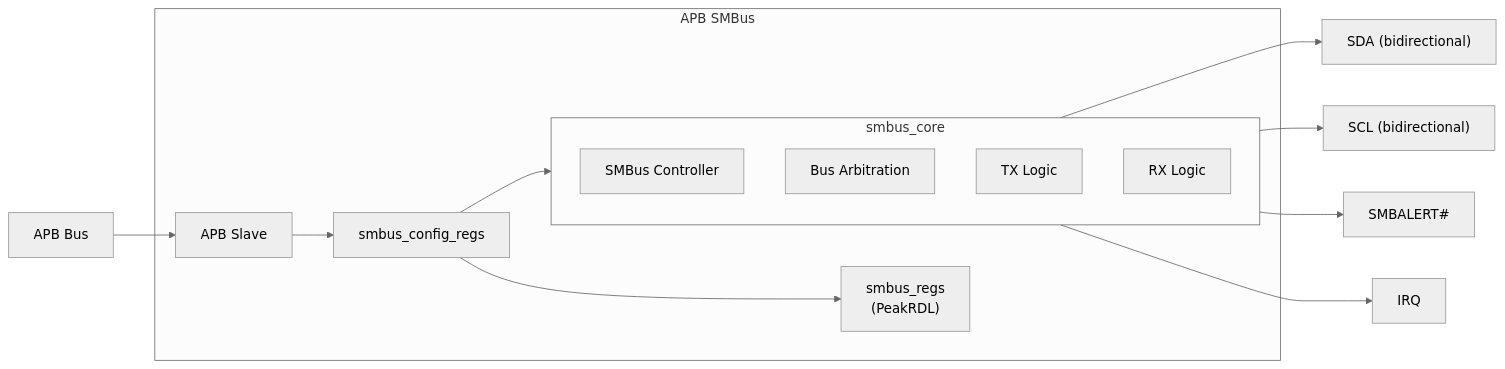
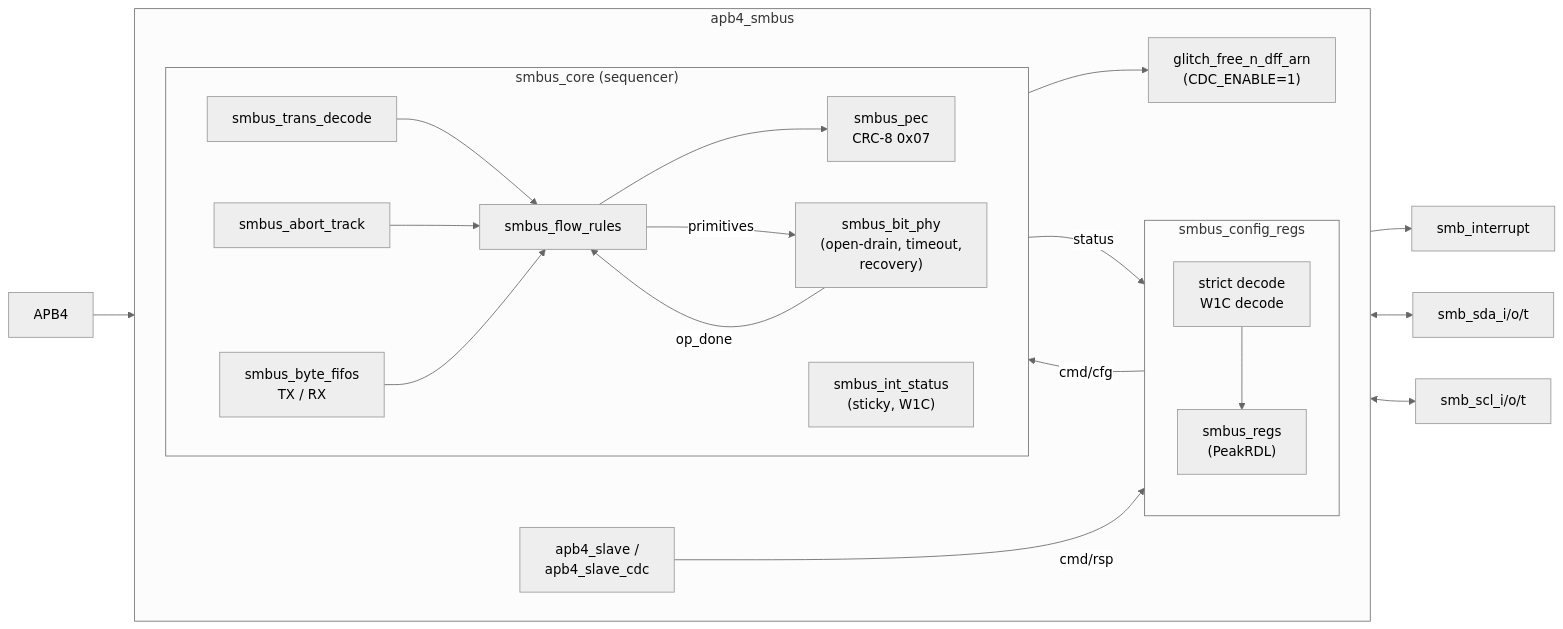
One commit to sean-galloway/RTLDesignSherpa changed the diagram in projects/components/retro_legacy_blocks/docs/smbus_mas/assets/mermaid/smbus_block_diagram.mmd. Above: the diagram before and after it, drawn with Mermaid. The commit also changed 68 other files, not shown here.

```diff
--- a/projects/components/retro_legacy_blocks/docs/smbus_mas/assets/mermaid/smbus_block_diagram.mmd
+++ b/projects/components/retro_legacy_blocks/docs/smbus_mas/assets/mermaid/smbus_block_diagram.mmd
@@ -1,24 +1,42 @@
 %%{init: {'theme': 'neutral'}}%%
 flowchart LR
-    subgraph APB_SMBUS["APB SMBus"]
-        APB["APB Slave"]
-        CFG["smbus_config_regs"]
-        REGS["smbus_regs<br/>(PeakRDL)"]
+    BUS["APB4"]
+    subgraph APB_SMBUS["apb4_smbus"]
+        direction LR
+        APB["apb4_slave /<br/>apb4_slave_cdc"]
+        subgraph CFG["smbus_config_regs"]
+            direction TB
+            DEC["strict decode<br/>W1C decode"]
+            REGS["smbus_regs<br/>(PeakRDL)"]
+        end
+        subgraph CORE["smbus_core (sequencer)"]
+            direction LR
+            TD["smbus_trans_decode"]
+            FR["smbus_flow_rules"]
+            AT["smbus_abort_track"]
+            FIFOS["smbus_byte_fifos<br/>TX / RX"]
+            PEC["smbus_pec<br/>CRC-8 0x07"]
+            IS["smbus_int_status<br/>(sticky, W1C)"]
+            PHY["smbus_bit_phy<br/>(open-drain, timeout,<br/>recovery)"]
+            TD --> FR
+            AT --> FR
+            FIFOS --> FR
+            FR --> PEC
+            FR -->|primitives| PHY
+            PHY -->|op_done| FR
+        end
+        SYNC["glitch_free_n_dff_arn<br/>(CDC_ENABLE=1)"]
+    end
+    IRQ["smb_interrupt"]
+    SDA["smb_sda_i/o/t"]
+    SCL["smb_scl_i/o/t"]
 
-        subgraph CORE["smbus_core"]
-            CTRL["SMBus Controller"]
-            ARB["Bus Arbitration"]
-            TX["TX Logic"]
-            RX["RX Logic"]
-        end
-    end
-
-    BUS["APB Bus"] --> APB
-    APB --> CFG
-    CFG --> REGS
-    CFG --> CORE
-
-    CORE --> SDA["SDA (bidirectional)"]
-    CORE --> SCL["SCL (bidirectional)"]
-    CORE --> SMBALERT["SMBALERT#"]
-    CORE --> IRQ["IRQ"]
+    BUS --> APB
+    APB -->|cmd/rsp| DEC
+    DEC --> REGS
+    REGS -->|cmd/cfg| TD
+    IS -->|status| DEC
+    IS --> SYNC
+    SYNC --> IRQ
+    PHY <--> SDA
+    PHY <--> SCL
```
